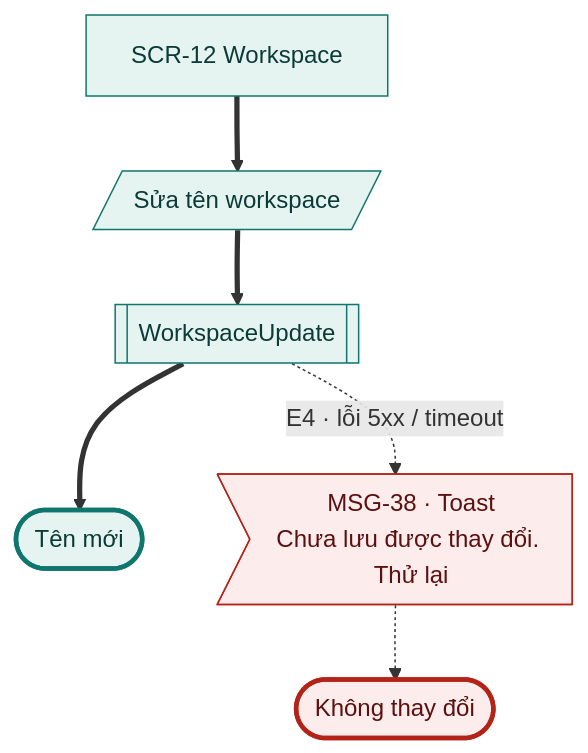
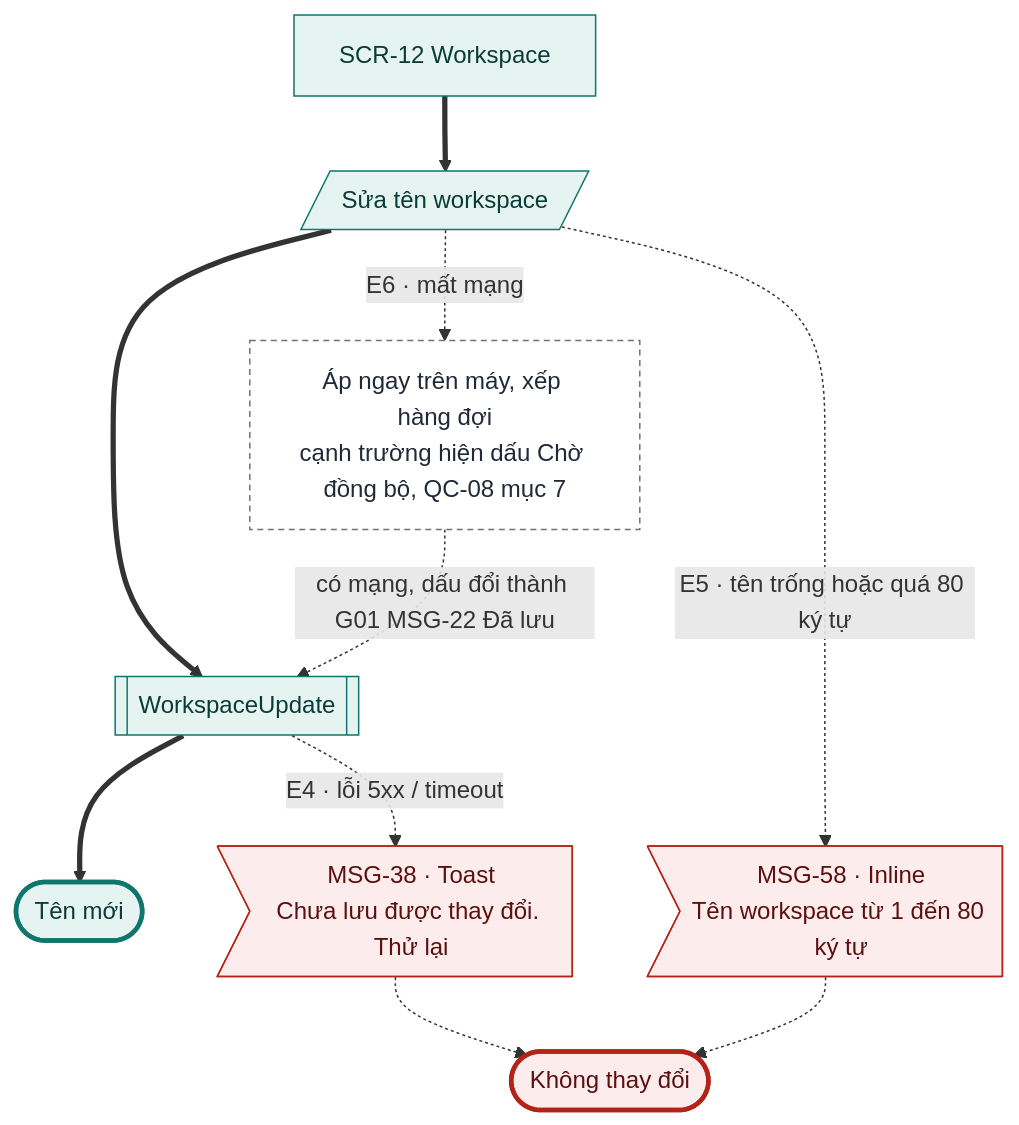
The second of 6 diagrams in docs/design-brief/flow/g12-workspace-billing.md (tannguyenho/personal-app), drawn with Mermaid before and after one commit. The commit also changed other lines of this file and 5 other files, not shown here.

First line of the commit message:
docs(G08, G12): áp quyết định PO 09/11 vào SRS, PRD, flow

````diff
--- a/docs/design-brief/flow/g12-workspace-billing.md
+++ b/docs/design-brief/flow/g12-workspace-billing.md
@@ -57,25 +58,30 @@
 ```mermaid
 flowchart TD
   s1["SCR-12 Workspace"]
   u1[/"Sửa tên workspace"/]
   p1[["WorkspaceUpdate"]]
   ok(["Tên mới"])
   s1 ==> u1 ==> p1 ==> ok
 
   p1 -.->|"E4 · lỗi 5xx / timeout"| e4m>"MSG-38 · Toast<br/>Chưa lưu được thay đổi. Thử lại"]
   e4m -.-> fail(["Không thay đổi"])
+  u1 -.->|"E5 · tên trống hoặc quá 80 ký tự"| e5m>"MSG-58 · Inline<br/>Tên workspace từ 1 đến 80 ký tự"]
+  e5m -.-> fail
+  u1 -.->|"E6 · mất mạng"| e6["Áp ngay trên máy, xếp hàng đợi<br/>cạnh trường hiện dấu Chờ đồng bộ, QC-08 mục 7"]
+  e6 -.->|"có mạng, dấu đổi thành G01 MSG-22 Đã lưu"| p1
 
   class s1,u1,p1 happy
-  class e4m err
+  class e6 sync
+  class e4m,e5m err
   class ok done
   class fail fail
   classDef happy fill:#E6F4F1,stroke:#0F766E,color:#0B3B36
   classDef alt fill:#F1F3F5,stroke:#6B7280,color:#1F2937
   classDef err fill:#FDECEC,stroke:#B42318,color:#5C1010
   classDef warn fill:#FEF4E2,stroke:#B45309,color:#4A2604
   classDef ai fill:#F1ECFD,stroke:#6D28D9,color:#2E1065
   classDef sync fill:#FFFFFF,stroke:#6B7280,stroke-dasharray:4 3,color:#1F2937
   classDef link fill:#FFFFFF,stroke:#0F766E,stroke-dasharray:4 3,color:#0B3B36
   classDef done fill:#E6F4F1,stroke:#0F766E,stroke-width:3px,color:#0B3B36
   classDef fail fill:#FDECEC,stroke:#B42318,stroke-width:3px,color:#5C1010
 ```
````
